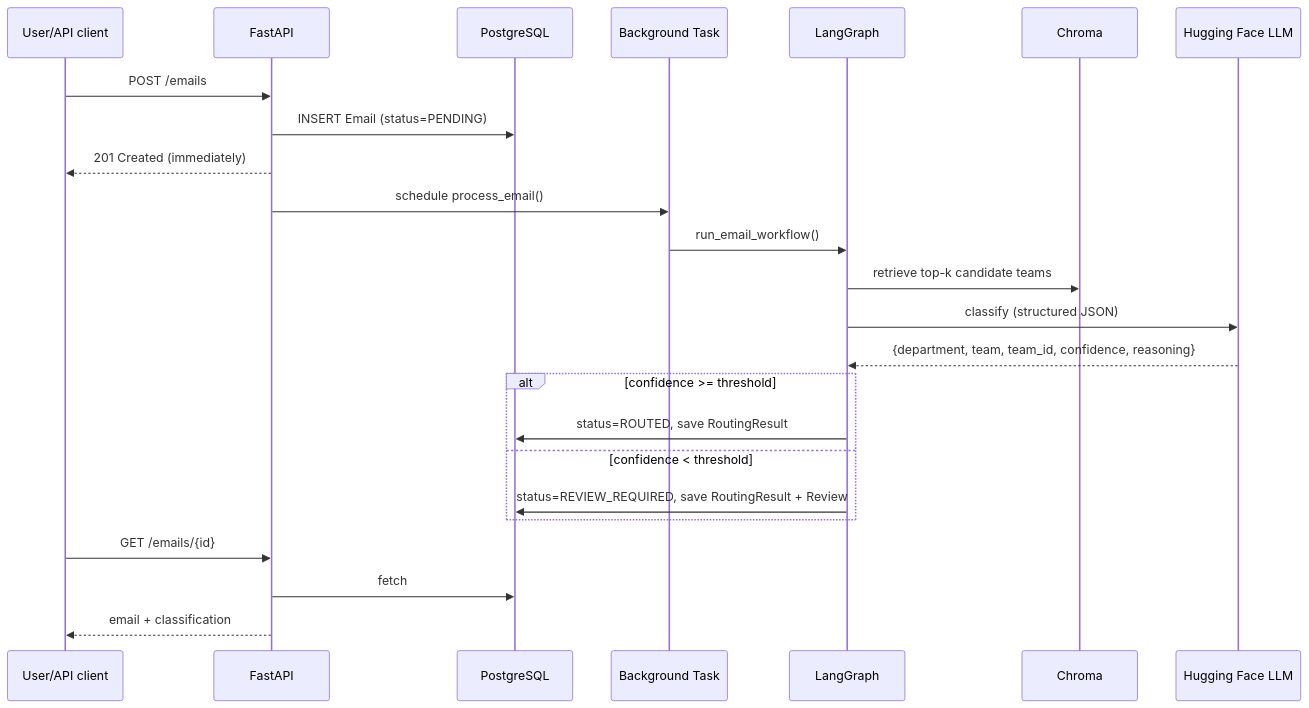
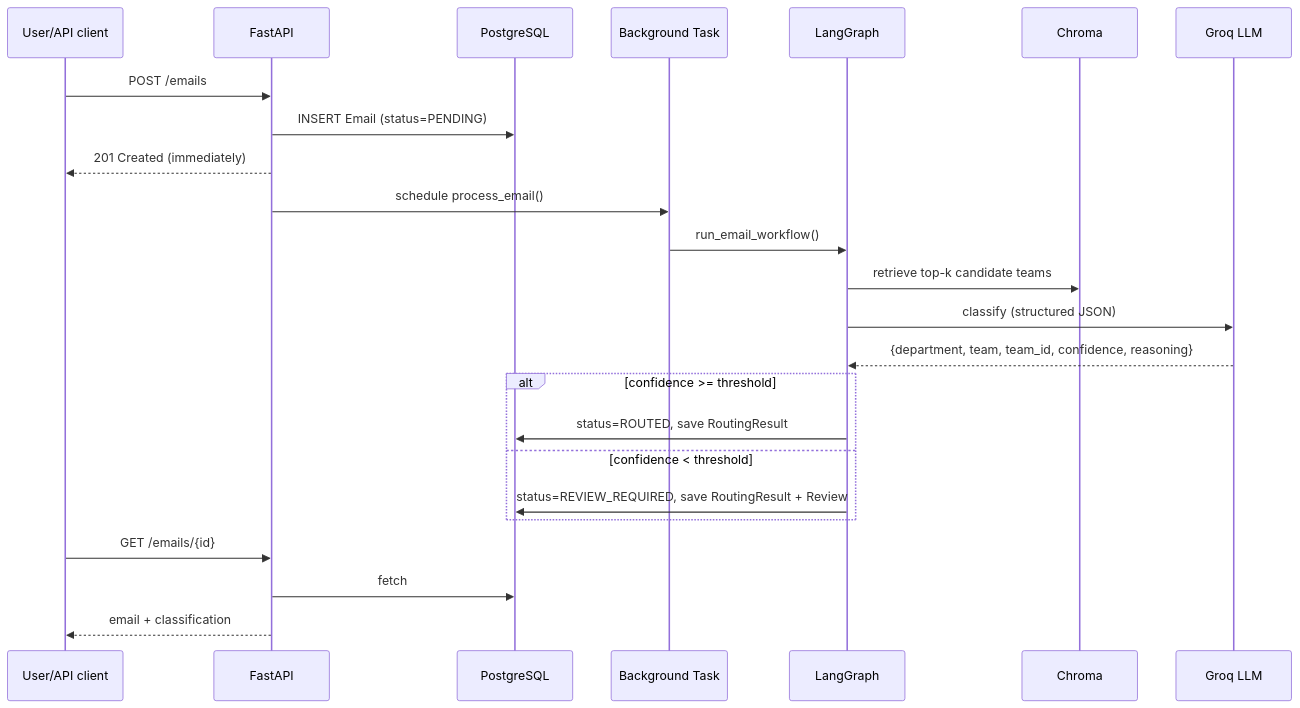
The second of 5 diagrams in README.md (Shivam091105/Email-Router), drawn with Mermaid before and after one commit. The commit also changed other lines of this file and 11 other files, not shown here.

````diff
--- a/README.md
+++ b/README.md
@@ -99,27 +99,27 @@
 ```mermaid
 sequenceDiagram
     participant U as User/API client
     participant API as FastAPI
     participant DB as PostgreSQL
     participant BG as Background Task
     participant G as LangGraph
     participant V as Chroma
-    participant L as Hugging Face LLM
+    participant L as Groq LLM
 
     U->>API: POST /emails
     API->>DB: INSERT Email (status=PENDING)
     API-->>U: 201 Created (immediately)
     API->>BG: schedule process_email()
     BG->>G: run_email_workflow()
     G->>V: retrieve top-k candidate teams
     G->>L: classify (structured JSON)
     L-->>G: {department, team, team_id, confidence, reasoning}
     alt confidence >= threshold
         G->>DB: status=ROUTED, save RoutingResult
     else confidence < threshold
         G->>DB: status=REVIEW_REQUIRED, save RoutingResult + Review
     end
     U->>API: GET /emails/{id}
     API->>DB: fetch
     API-->>U: email + classification
 ```
````
